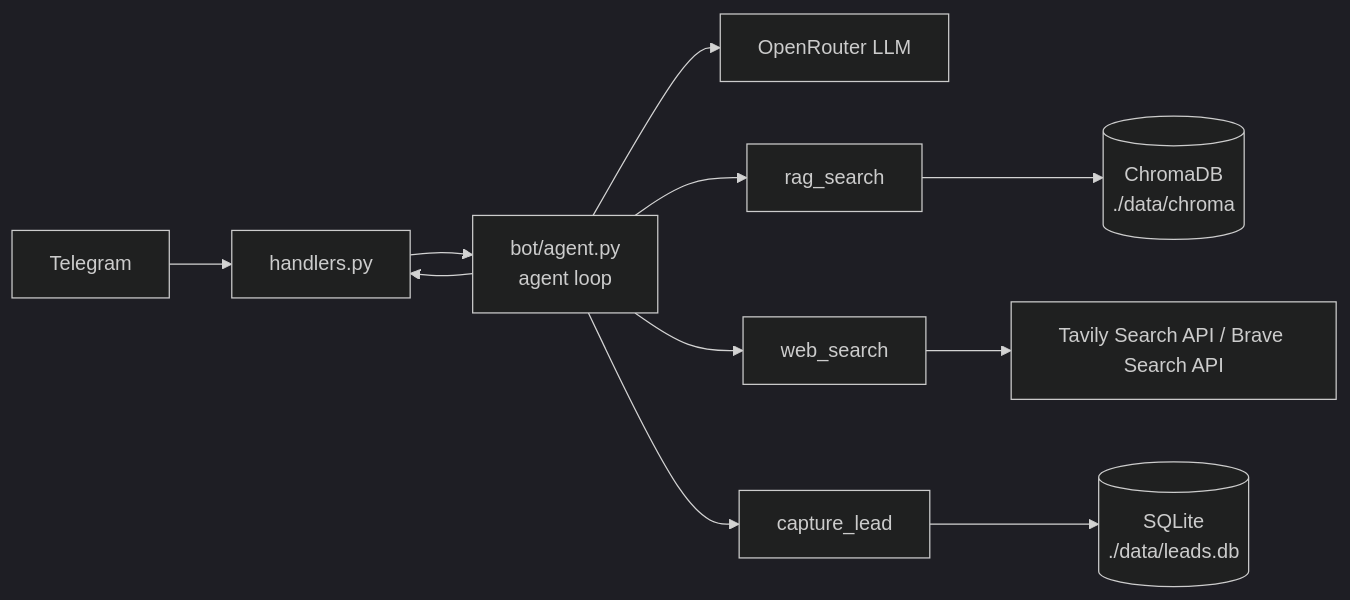
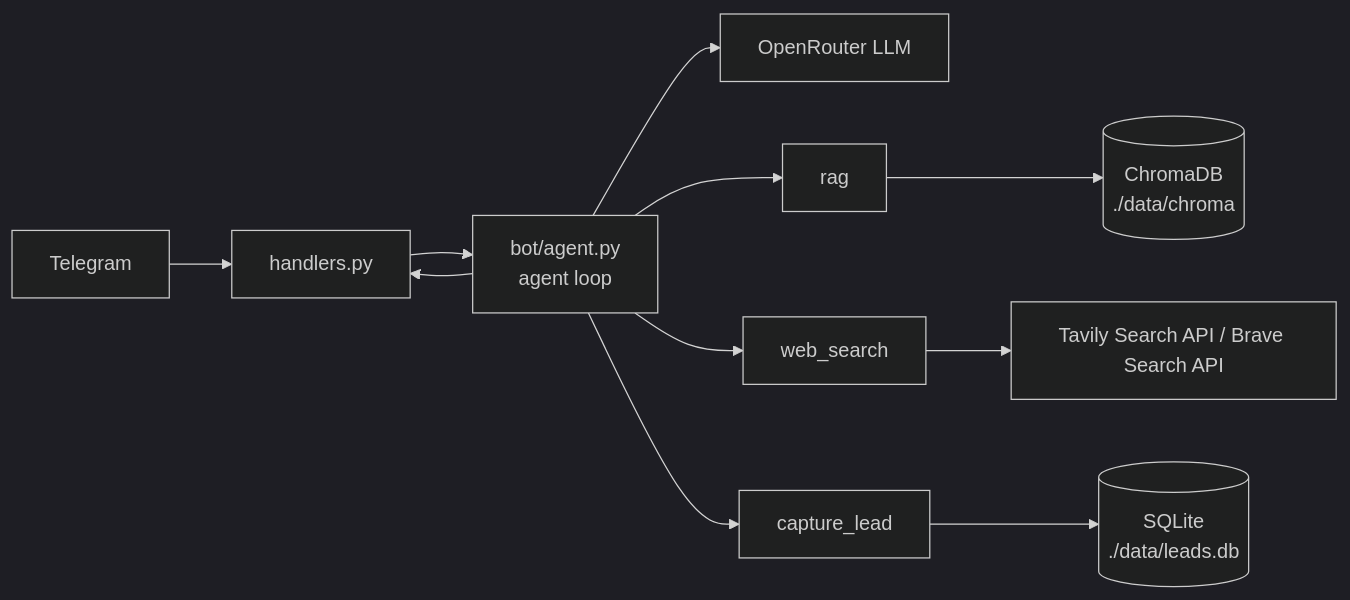
Before and after one commit to zatulik2606/aidz1: the diagram in vision.md, drawn with Mermaid (dark theme). The commit also changed other lines of this file and 35 other files, not shown here.

````diff
--- a/vision.md
+++ b/vision.md
@@ -57,13 +57,13 @@
 ```mermaid
 flowchart LR
     TG[Telegram] --> H[handlers.py]
     H --> AG[bot/agent.py\nagent loop]
     AG --> LLM[OpenRouter LLM]
-    AG --> RAG[rag_search]
+    AG --> RAG[rag]
     AG --> WEB[web_search]
     AG --> LEAD[capture_lead]
     RAG --> CH[(ChromaDB\n./data/chroma)]
     WEB --> TV[Tavily Search API / Brave Search API]
     LEAD --> DB[(SQLite\n./data/leads.db)]
     AG --> H
 ```
````
